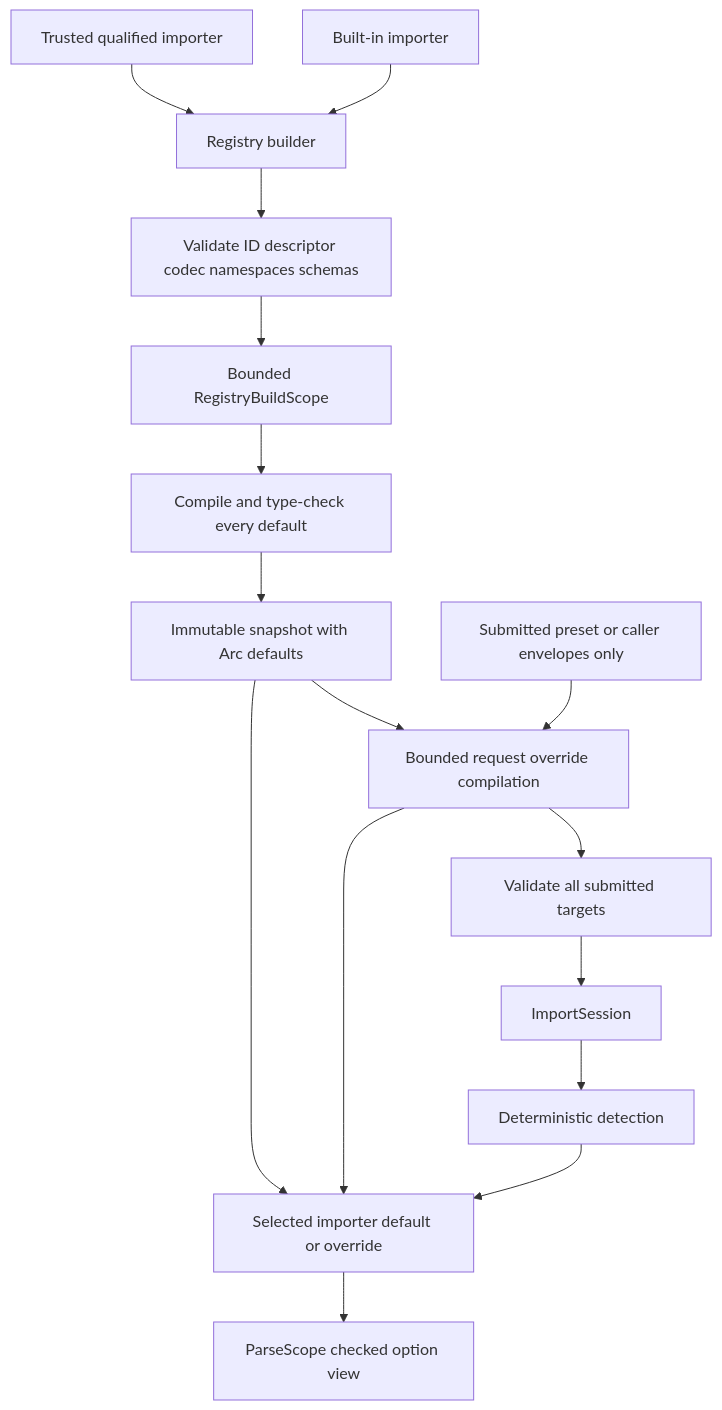
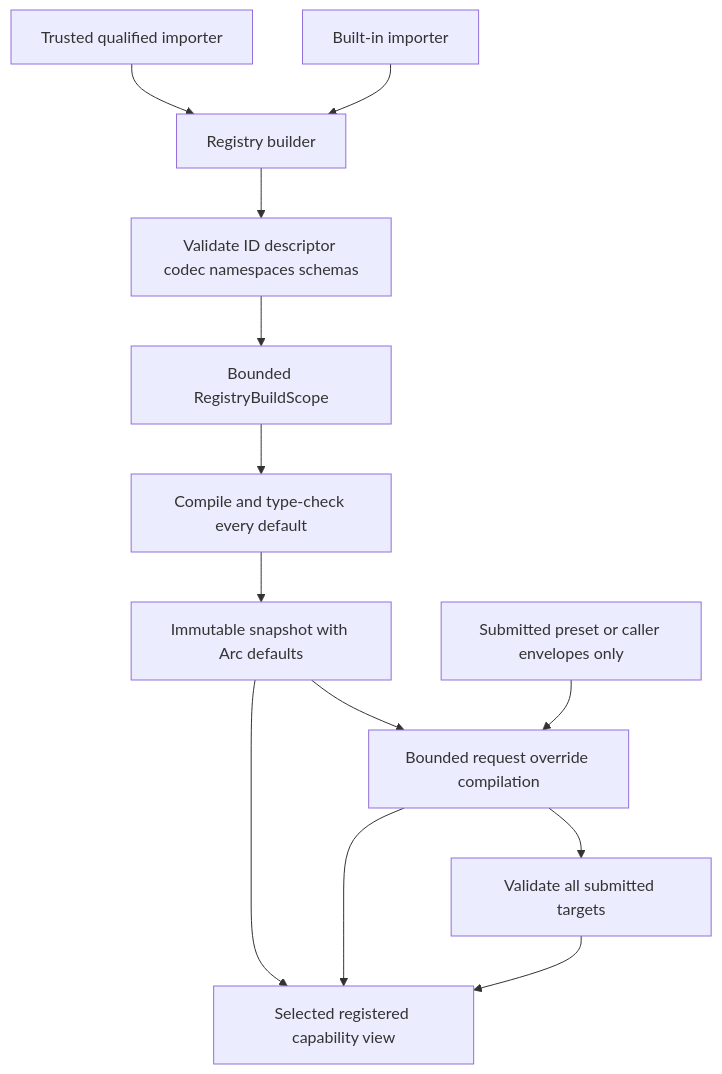
The diagram in docs/adr/0021-extension-registry-and-format-descriptor-governance.md (Latias94/baozi), drawn with Mermaid before and after one commit. The commit also changed other lines of this file and 15 other files, not shown here.

````diff
--- a/docs/adr/0021-extension-registry-and-format-descriptor-governance.md
+++ b/docs/adr/0021-extension-registry-and-format-descriptor-governance.md
@@ -297,18 +289,15 @@
 ```mermaid
 flowchart TB
     Builtin[Built-in importer] --> Builder[Registry builder]
     Extension[Trusted qualified importer] --> Builder
     Builder --> Validate[Validate ID descriptor codec namespaces schemas]
     Validate --> BuildScope[Bounded RegistryBuildScope]
     BuildScope --> DefaultCompile[Compile and type-check every default]
     DefaultCompile --> Snapshot[Immutable snapshot with Arc defaults]
     Submitted[Submitted preset or caller envelopes only] --> Compile[Bounded request override compilation]
     Snapshot --> Compile
     Compile --> Admission[Validate all submitted targets]
-    Admission --> Session[ImportSession]
-    Session --> Detect[Deterministic detection]
-    Detect --> Selected[Selected importer default or override]
+    Admission --> Selected[Selected registered capability view]
     Snapshot --> Selected
     Compile --> Selected
-    Selected --> Scope[ParseScope checked option view]
 ```
````
